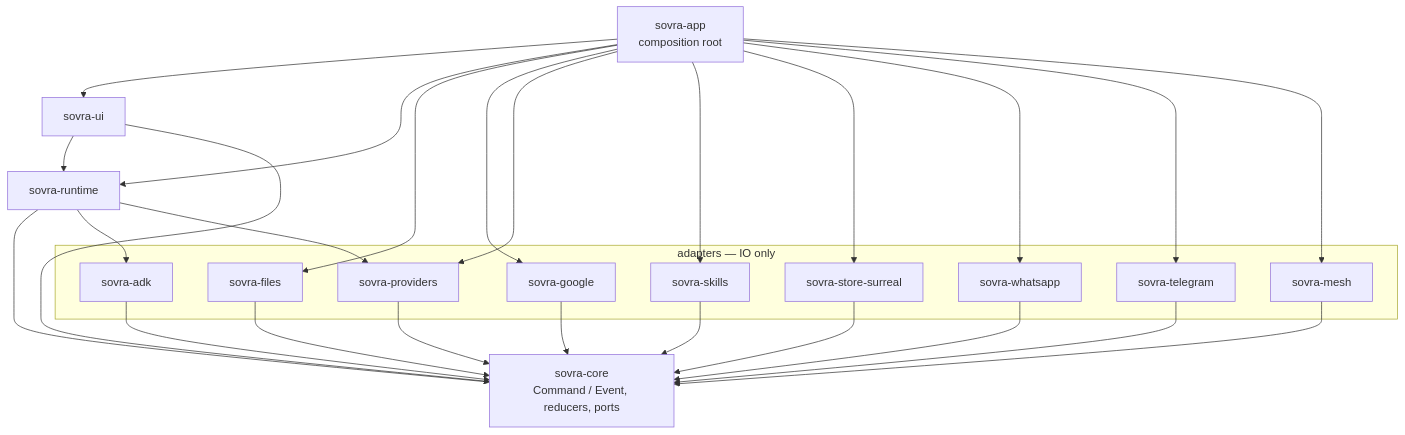
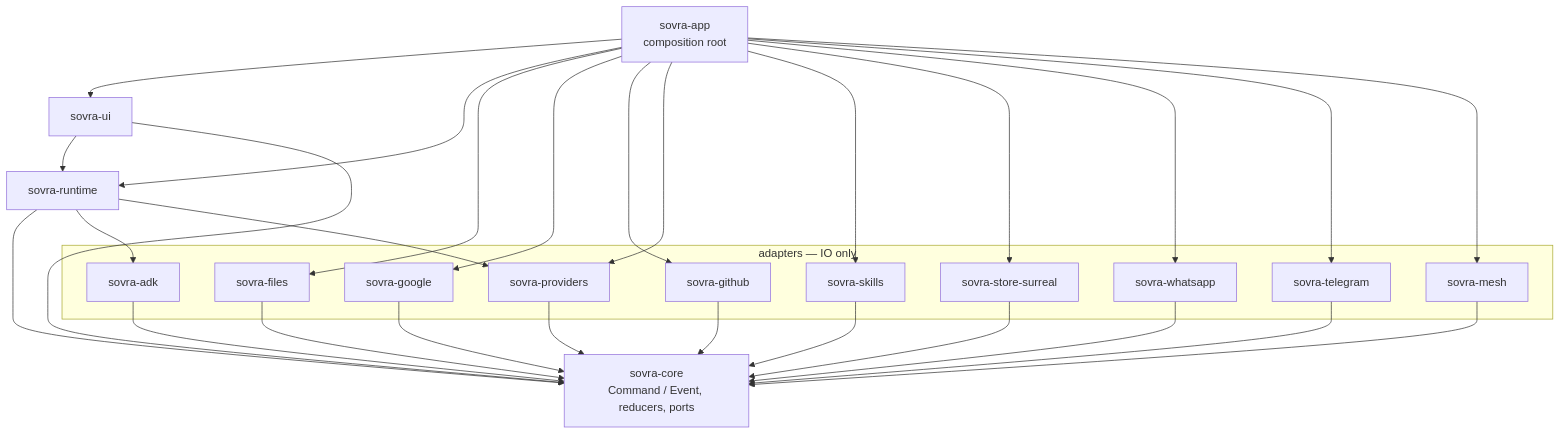
One commit to Sovra-AI/SovraHarness changed the first of 3 diagrams in README.md. Above: the diagram before and after it, drawn with Mermaid. The commit also changed other lines of this file and 49 other files, not shown here.

````diff
--- a/README.md
+++ b/README.md
@@ -98,42 +98,45 @@
 ```mermaid
 flowchart TB
   app["sovra-app<br/>composition root"]
   ui["sovra-ui"]
   runtime["sovra-runtime"]
   core["sovra-core<br/>Command / Event, reducers, ports"]
   subgraph adapters["adapters — IO only"]
     adk["sovra-adk"]
     files["sovra-files"]
     skills["sovra-skills"]
     google["sovra-google"]
+    github["sovra-github"]
     providers["sovra-providers"]
     store["sovra-store-surreal"]
     wa["sovra-whatsapp"]
     tg["sovra-telegram"]
     mesh["sovra-mesh"]
   end
   app --> ui
   app --> runtime
   app --> files
   app --> google
+  app --> github
   app --> providers
   app --> skills
   app --> store
   app --> wa
   app --> tg
   app --> mesh
   ui --> runtime
   ui --> core
   runtime --> core
   runtime --> adk
   runtime --> providers
   adk --> core
   files --> core
   skills --> core
   google --> core
+  github --> core
   providers --> core
   store --> core
   wa --> core
   tg --> core
   mesh --> core
 ```
````
